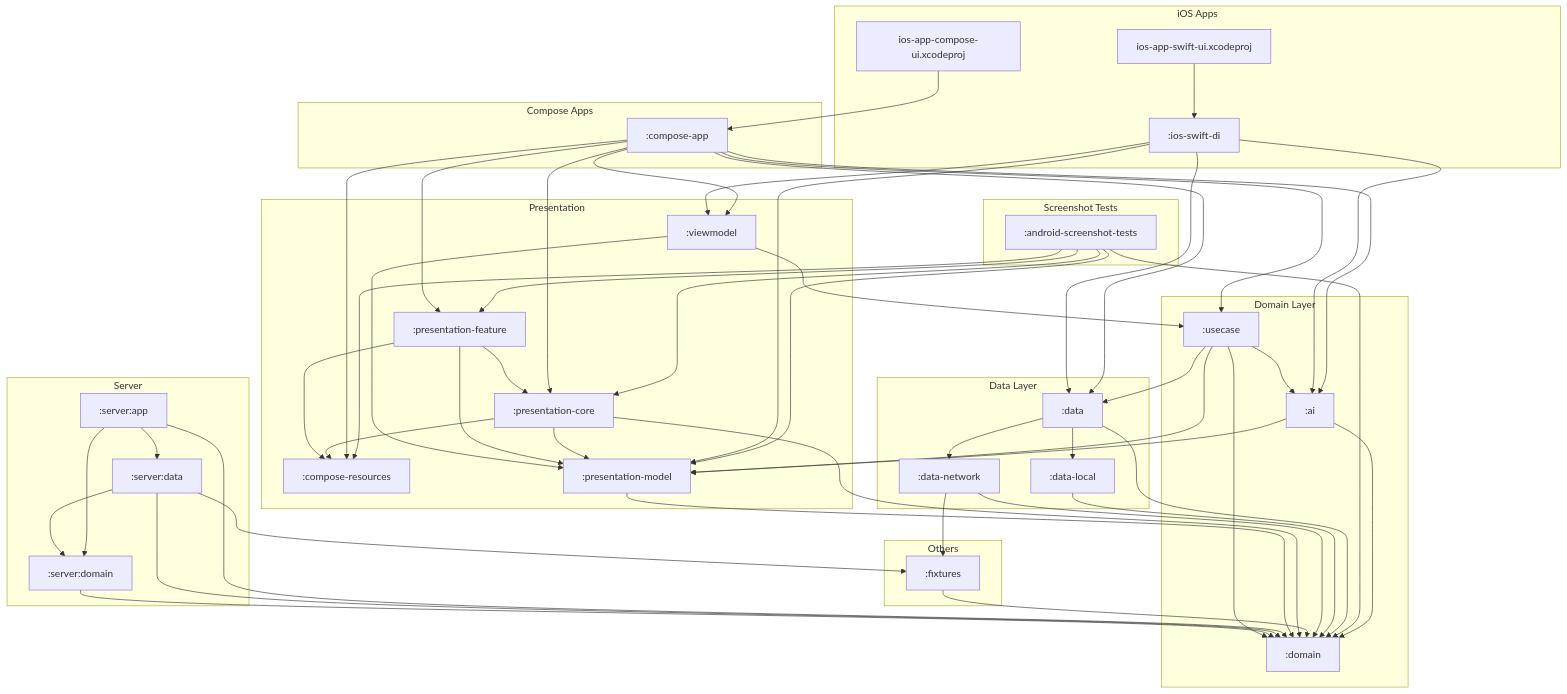
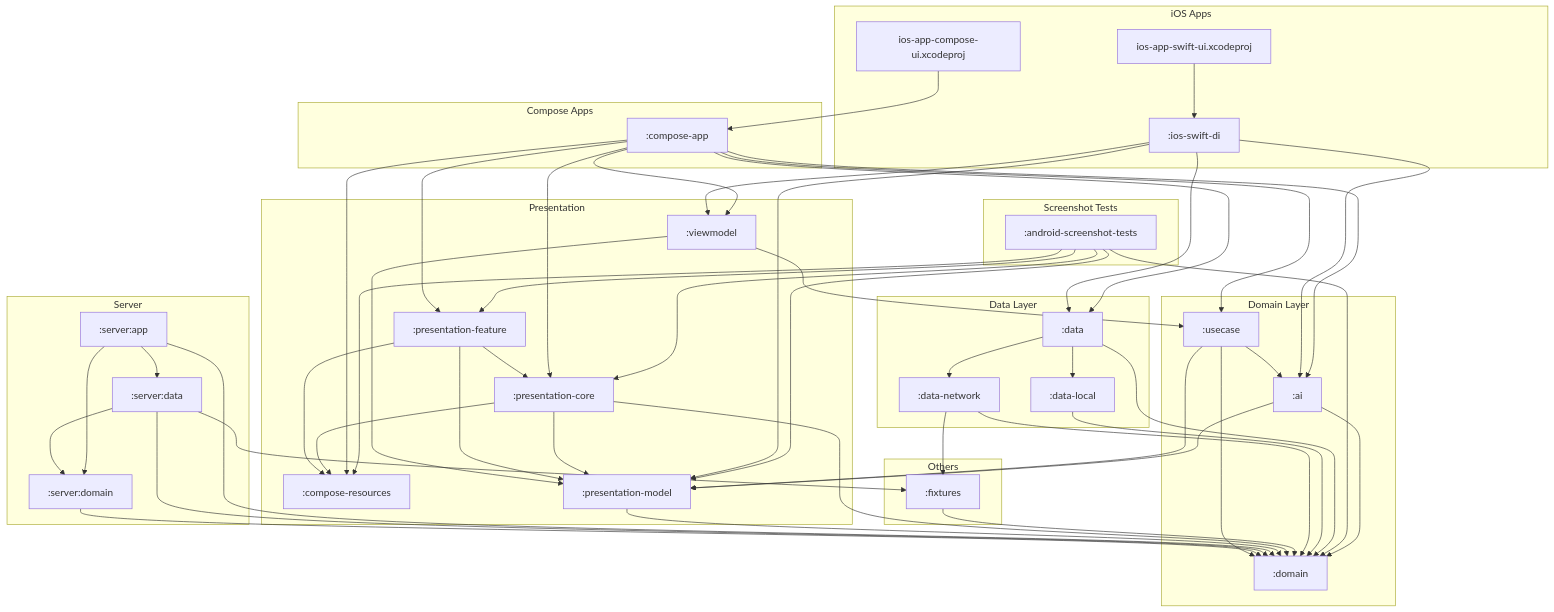
Before and after one commit to cartland/battery-butler: the diagram in docs/diagrams/full_system_structure.mmd, drawn with Mermaid. The commit also changed 9 other files, not shown here.

First line of the commit message:
chore: Enforce Architecture Dependencies (Phase 3)

```diff
--- a/docs/diagrams/full_system_structure.mmd
+++ b/docs/diagrams/full_system_structure.mmd
@@ -1,110 +1,109 @@
 graph TD
     subgraph "iOS Apps"
         IosSwiftDi[":ios-swift-di"]
         IosAppComposeUi.xcodeproj["ios-app-compose-ui.xcodeproj"]
         IosAppSwiftUi.xcodeproj["ios-app-swift-ui.xcodeproj"]
     end
 
     subgraph "Compose Apps"
         ComposeApp[":compose-app"]
     end
 
     subgraph "Server"
         ServerApp[":server:app"]
         ServerData[":server:data"]
         ServerDomain[":server:domain"]
     end
 
     subgraph "Presentation"
         ComposeResources[":compose-resources"]
         PresentationCore[":presentation-core"]
         PresentationFeature[":presentation-feature"]
         PresentationModel[":presentation-model"]
         Viewmodel[":viewmodel"]
     end
 
     subgraph "Domain Layer"
         Ai[":ai"]
         Domain[":domain"]
         Usecase[":usecase"]
     end
 
     subgraph "Data Layer"
         Data[":data"]
         DataLocal[":data-local"]
         DataNetwork[":data-network"]
     end
 
     subgraph "Screenshot Tests"
         AndroidScreenshotTests[":android-screenshot-tests"]
     end
 
     subgraph "Others"
         Fixtures[":fixtures"]
     end
 
     %% Dependencies
     Ai --> Domain
     Ai --> PresentationModel
 
     AndroidScreenshotTests --> ComposeResources
     AndroidScreenshotTests --> Domain
     AndroidScreenshotTests --> PresentationCore
     AndroidScreenshotTests --> PresentationFeature
     AndroidScreenshotTests --> PresentationModel
 
     ComposeApp --> Ai
     ComposeApp --> ComposeResources
     ComposeApp --> Data
     ComposeApp --> PresentationCore
     ComposeApp --> PresentationFeature
     ComposeApp --> Usecase
     ComposeApp --> Viewmodel
 
     Data --> DataLocal
     Data --> DataNetwork
     Data --> Domain
 
     DataLocal --> Domain
 
     DataNetwork --> Domain
     DataNetwork --> Fixtures
 
     Fixtures --> Domain
 
     IosSwiftDi --> Ai
     IosSwiftDi --> Data
     IosSwiftDi --> PresentationModel
     IosSwiftDi --> Viewmodel
 
     PresentationCore --> ComposeResources
     PresentationCore --> Domain
     PresentationCore --> PresentationModel
 
     PresentationFeature --> ComposeResources
     PresentationFeature --> PresentationCore
     PresentationFeature --> PresentationModel
 
     PresentationModel --> Domain
 
     ServerApp --> Domain
     ServerApp --> ServerData
     ServerApp --> ServerDomain
 
     ServerData --> Domain
     ServerData --> Fixtures
     ServerData --> ServerDomain
 
     ServerDomain --> Domain
 
     Usecase --> Ai
-    Usecase --> Data
     Usecase --> Domain
     Usecase --> PresentationModel
 
     Viewmodel --> PresentationModel
     Viewmodel --> Usecase
 
     IosAppComposeUi.xcodeproj --> ComposeApp
 
     IosAppSwiftUi.xcodeproj --> IosSwiftDi
```
